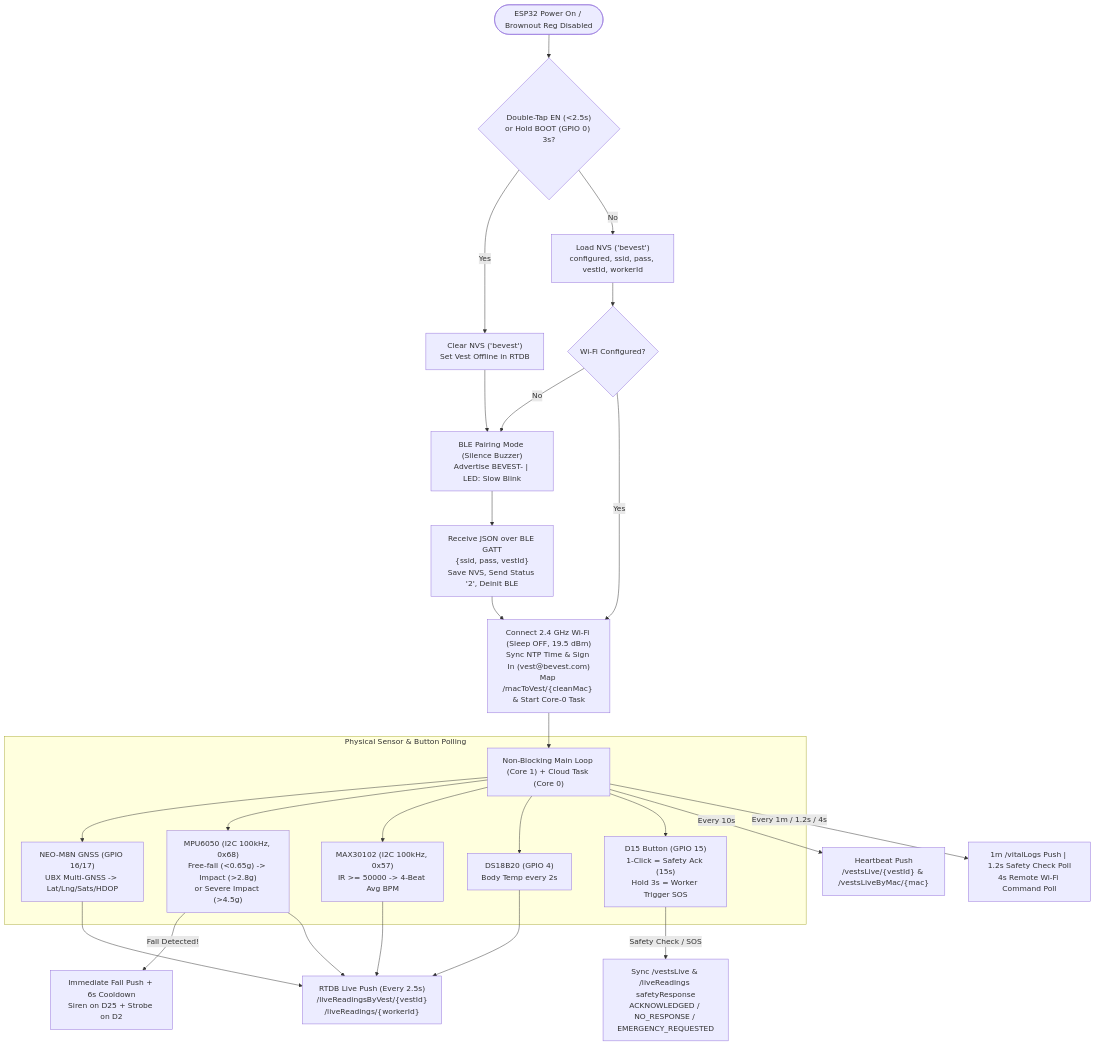
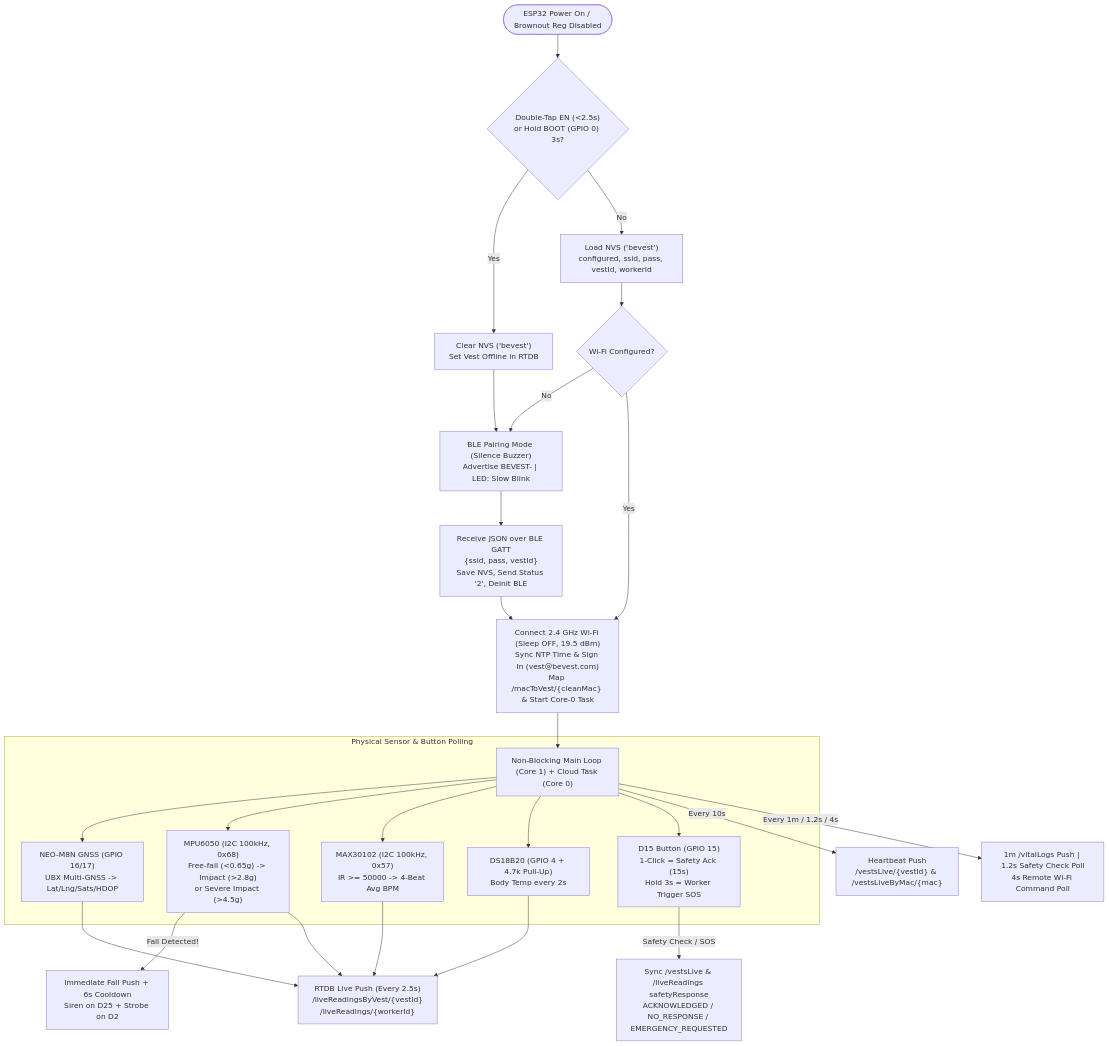
One commit to stagnantwater69/BevestV1 changed the second of 2 diagrams in firmware/esp32integration-gnss/WIRING_DIAGRAM.md. Above: the diagram before and after it, drawn with Mermaid. The commit also changed other lines of this file and 2 other files, not shown here.

````diff
--- a/firmware/esp32integration-gnss/WIRING_DIAGRAM.md
+++ b/firmware/esp32integration-gnss/WIRING_DIAGRAM.md
@@ -172,31 +360,31 @@
 ```mermaid
 flowchart TD
     BOOT(["ESP32 Power On / Brownout Reg Disabled"]) --> CHECK_RST{"Double-Tap EN (<2.5s)\nor Hold BOOT (GPIO 0) 3s?"}
     CHECK_RST -->|"Yes"| CLEAR_NVS["Clear NVS ('bevest')\nSet Vest Offline in RTDB"]
     CLEAR_NVS --> BLE_MODE
 
     CHECK_RST -->|"No"| LOAD_NVS["Load NVS ('bevest')\nconfigured, ssid, pass, vestId, workerId"]
     LOAD_NVS --> IS_CFG{"Wi-Fi Configured?"}
 
     IS_CFG -->|"No"| BLE_MODE["BLE Pairing Mode (Silence Buzzer)\nAdvertise BEVEST-<MAC> | LED: Slow Blink"]
     BLE_MODE --> BLE_RX["Receive JSON over BLE GATT\n{ssid, pass, vestId}\nSave NVS, Send Status '2', Deinit BLE"]
     BLE_RX --> WIFI_INIT
 
     IS_CFG -->|"Yes"| WIFI_INIT["Connect 2.4 GHz Wi-Fi (Sleep OFF, 19.5 dBm)\nSync NTP Time & Sign In (vest@bevest.com)\nMap /macToVest/{cleanMac} & Start Core-0 Task"]
 
     WIFI_INIT --> MAIN_LOOP["Non-Blocking Main Loop (Core 1) + Cloud Task (Core 0)"]
 
     subgraph SENSORS["Physical Sensor & Button Polling"]
         MAIN_LOOP --> S_GNSS["NEO-M8N GNSS (GPIO 16/17)\nUBX Multi-GNSS -> Lat/Lng/Sats/HDOP"]
         MAIN_LOOP --> S_MPU["MPU6050 (I2C 100kHz, 0x68)\nFree-fall (<0.65g) -> Impact (>2.8g)\nor Severe Impact (>4.5g)"]
         MAIN_LOOP --> S_MAX["MAX30102 (I2C 100kHz, 0x57)\nIR >= 50000 -> 4-Beat Avg BPM"]
-        MAIN_LOOP --> S_TEMP["DS18B20 (GPIO 4)\nBody Temp every 2s"]
+        MAIN_LOOP --> S_TEMP["DS18B20 (GPIO 4 + 4.7k Pull-Up)\nBody Temp every 2s"]
         MAIN_LOOP --> S_D15["D15 Button (GPIO 15)\n1-Click = Safety Ack (15s)\nHold 3s = Worker Trigger SOS"]
     end
 
     S_MPU -->|"Fall Detected!"| FALL_PUSH["Immediate Fall Push + 6s Cooldown\nSiren on D25 + Strobe on D2"]
     S_D15 -->|"Safety Check / SOS"| SAFETY_PUSH["Sync /vestsLive & /liveReadings safetyResponse\nACKNOWLEDGED / NO_RESPONSE / EMERGENCY_REQUESTED"]
     S_GNSS & S_MPU & S_MAX & S_TEMP --> RTDB_PUSH["RTDB Live Push (Every 2.5s)\n/liveReadingsByVest/{vestId}\n/liveReadings/{workerId}"]
     MAIN_LOOP -->|"Every 10s"| HB_PUSH["Heartbeat Push\n/vestsLive/{vestId} & /vestsLiveByMac/{mac}"]
     MAIN_LOOP -->|"Every 1m / 1.2s / 4s"| LOGS["1m /vitalLogs Push | 1.2s Safety Check Poll\n4s Remote Wi-Fi Command Poll"]
 ```
````
